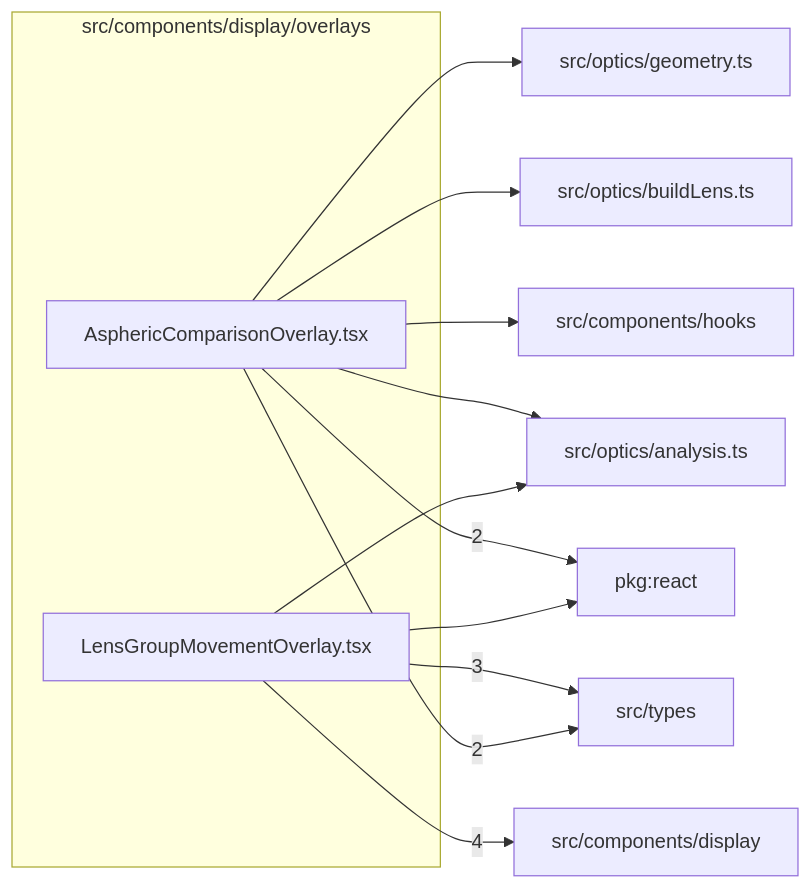
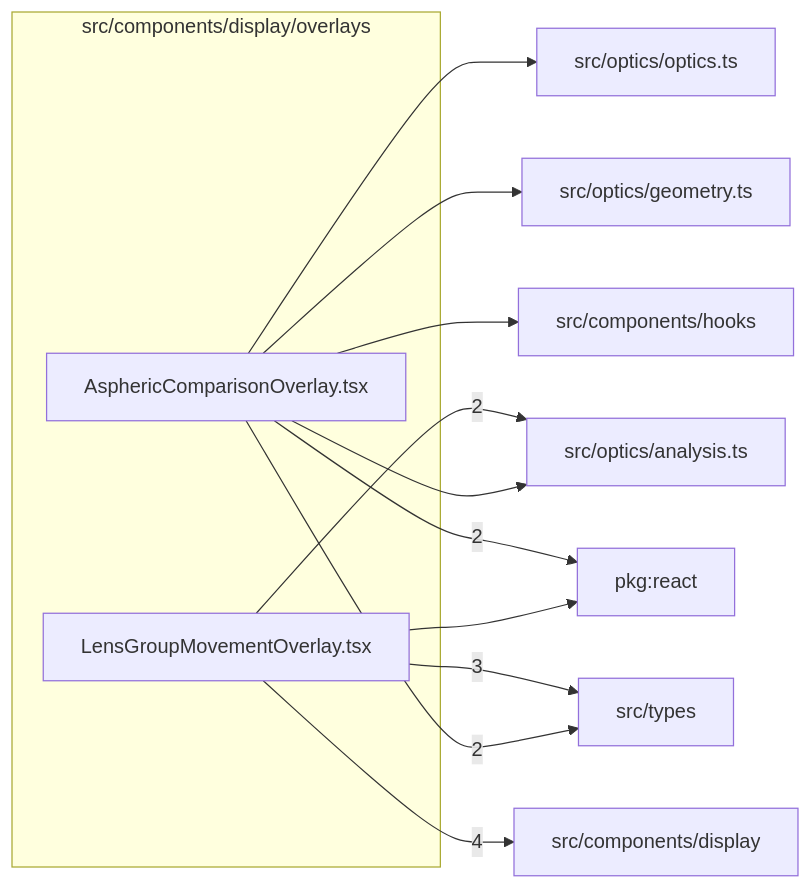
The diagram in src/components/display/overlays/readme.md (ronbuening/LensVisualizer), drawn with Mermaid before and after one commit. The commit also changed other lines of this file and 439 other files, not shown here.

````diff
--- a/src/components/display/overlays/readme.md
+++ b/src/components/display/overlays/readme.md
@@ -9,24 +9,24 @@
 ```mermaid
 flowchart LR
   subgraph n_src_components_display_overlays["src/components/display/overlays"]
     n_src_components_display_overlays_src_components_display_overlays_AsphericComparisonOverlay_tsx["AsphericComparisonOverlay.tsx"]
     n_src_components_display_overlays_src_components_display_overlays_LensGroupMovementOverlay_tsx["LensGroupMovementOverlay.tsx"]
   end
   n_external_src_components_display["src/components/display"]
   n_external_src_types["src/types"]
   n_external_pkg_react["pkg:react"]
+  n_external_src_optics_analysis_ts["src/optics/analysis.ts"]
   n_external_src_components_hooks["src/components/hooks"]
-  n_external_src_optics_analysis_ts["src/optics/analysis.ts"]
-  n_external_src_optics_buildLens_ts["src/optics/buildLens.ts"]
   n_external_src_optics_geometry_ts["src/optics/geometry.ts"]
+  n_external_src_optics_optics_ts["src/optics/optics.ts"]
   n_src_components_display_overlays_src_components_display_overlays_LensGroupMovementOverlay_tsx --> |4| n_external_src_components_display
   n_src_components_display_overlays_src_components_display_overlays_LensGroupMovementOverlay_tsx --> |3| n_external_src_types
   n_src_components_display_overlays_src_components_display_overlays_AsphericComparisonOverlay_tsx --> |2| n_external_pkg_react
+  n_src_components_display_overlays_src_components_display_overlays_LensGroupMovementOverlay_tsx --> |2| n_external_src_optics_analysis_ts
   n_src_components_display_overlays_src_components_display_overlays_AsphericComparisonOverlay_tsx --> |2| n_external_src_types
   n_src_components_display_overlays_src_components_display_overlays_LensGroupMovementOverlay_tsx --> n_external_pkg_react
   n_src_components_display_overlays_src_components_display_overlays_AsphericComparisonOverlay_tsx --> n_external_src_components_hooks
   n_src_components_display_overlays_src_components_display_overlays_AsphericComparisonOverlay_tsx --> n_external_src_optics_analysis_ts
-  n_src_components_display_overlays_src_components_display_overlays_LensGroupMovementOverlay_tsx --> n_external_src_optics_analysis_ts
-  n_src_components_display_overlays_src_components_display_overlays_AsphericComparisonOverlay_tsx --> n_external_src_optics_buildLens_ts
   n_src_components_display_overlays_src_components_display_overlays_AsphericComparisonOverlay_tsx --> n_external_src_optics_geometry_ts
+  n_src_components_display_overlays_src_components_display_overlays_AsphericComparisonOverlay_tsx --> n_external_src_optics_optics_ts
 ```
````
